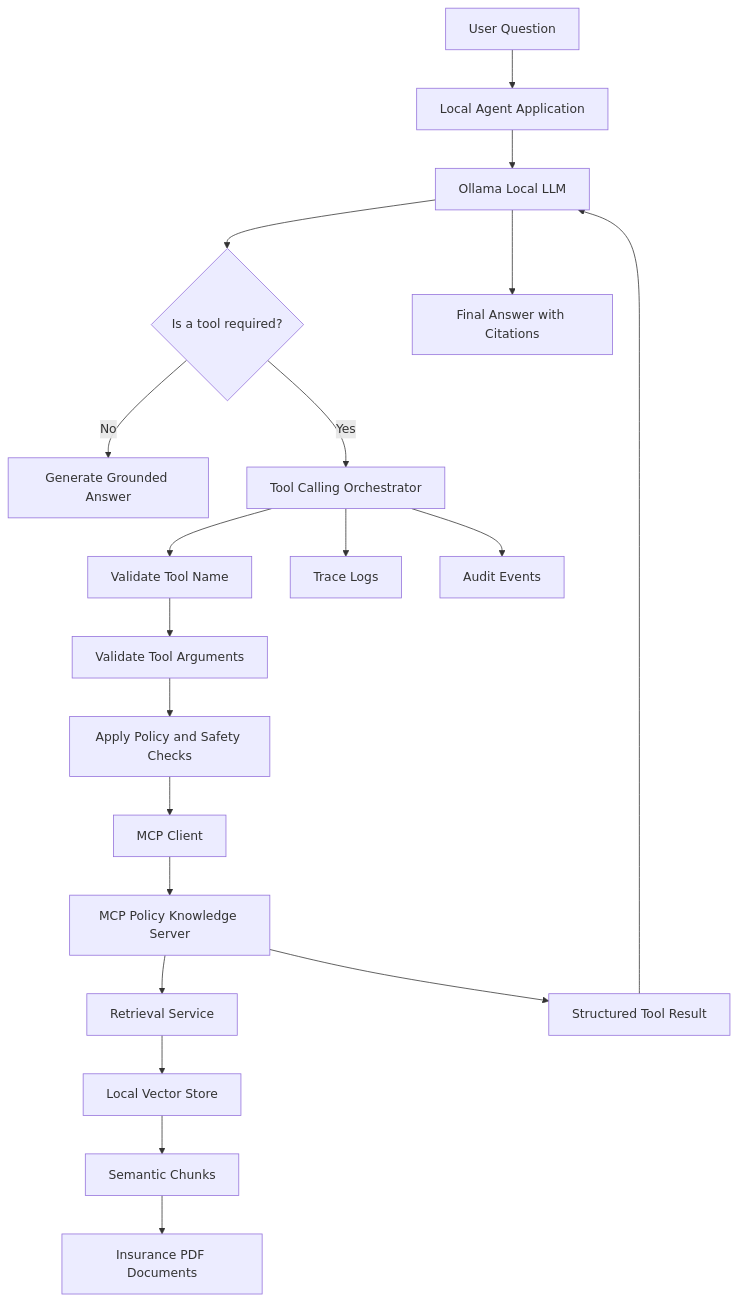
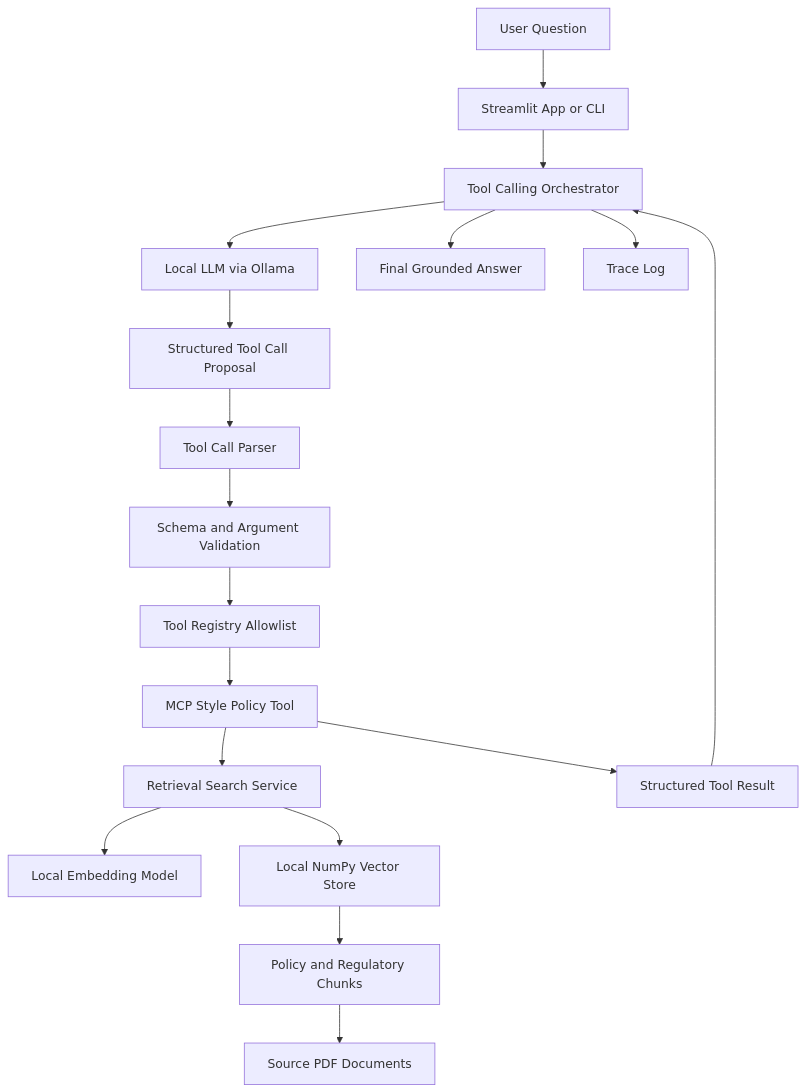
The first of 6 diagrams in README.md (SwapnilMundhekar/insurance-claims-mcp-rag), drawn with Mermaid before and after one commit. The commit also changed other lines of this file, not shown here.

````diff
--- a/README.md
+++ b/README.md
@@ -62,27 +70,25 @@
 ```mermaid
 flowchart TD
-    A[User Question] --> B[Local Agent Application]
-    B --> C[Ollama Local LLM]
-    C --> D{Is a tool required?}
+    A[User Question] --> B[Streamlit App or CLI]
+    B --> C[Tool Calling Orchestrator]
 
-    D -->|No| E[Generate Grounded Answer]
-    D -->|Yes| F[Tool Calling Orchestrator]
+    C --> D[Local LLM via Ollama]
+    D --> E[Structured Tool Call Proposal]
 
-    F --> G[Validate Tool Name]
-    G --> H[Validate Tool Arguments]
-    H --> I[Apply Policy and Safety Checks]
-    I --> J[MCP Client]
+    E --> F[Tool Call Parser]
+    F --> G[Schema and Argument Validation]
+    G --> H[Tool Registry Allowlist]
 
-    J --> K[MCP Policy Knowledge Server]
-    K --> L[Retrieval Service]
-    L --> M[Local Vector Store]
-    M --> N[Semantic Chunks]
-    N --> O[Insurance PDF Documents]
+    H --> I[MCP Style Policy Tool]
+    I --> J[Retrieval Search Service]
+    J --> K[Local Embedding Model]
+    J --> L[Local NumPy Vector Store]
 
-    K --> P[Structured Tool Result]
-    P --> C
-    C --> Q[Final Answer with Citations]
+    L --> M[Policy and Regulatory Chunks]
+    M --> N[Source PDF Documents]
 
-    F --> R[Trace Logs]
-    F --> S[Audit Events]
+    I --> O[Structured Tool Result]
+    O --> C
+    C --> P[Final Grounded Answer]
+    C --> Q[Trace Log]
 ```
````
